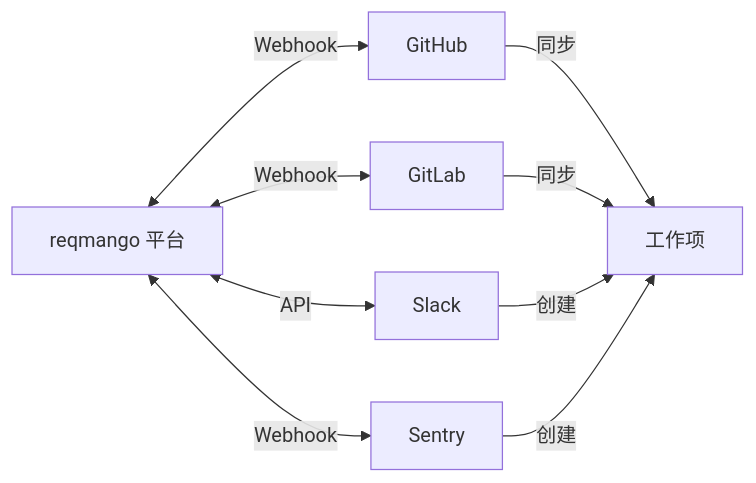
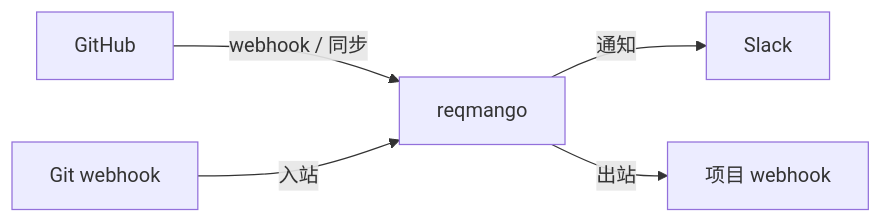
One commit to vinthuy/reqmango changed the eighth of 10 diagrams in docs/kb/PRD.md. Above: the diagram before and after it, drawn with Mermaid. The commit also changed other lines of this file and 2 other files, not shown here.

````diff
--- a/docs/kb/PRD.md
+++ b/docs/kb/PRD.md
@@ -513,12 +512,7 @@
 ```mermaid
 flowchart LR
-    Reqmango[reqmango 平台] <-->|Webhook| GitHub[GitHub]
-    Reqmango <-->|Webhook| GitLab[GitLab]
-    Reqmango <-->|API| Slack[Slack]
-    Reqmango <-->|Webhook| Sentry[Sentry]
-    
-    GitHub -->|同步| Issues[工作项]
-    GitLab -->|同步| Issues
-    Slack -->|创建| Issues
-    Sentry -->|创建| Issues
+    GitHub[GitHub] -->|webhook / 同步| Reqmango[reqmango]
+    Git[Git webhook] -->|入站| Reqmango
+    Reqmango -->|通知| Slack[Slack]
+    Reqmango -->|出站| Webhook[项目 webhook]
 ```
````
